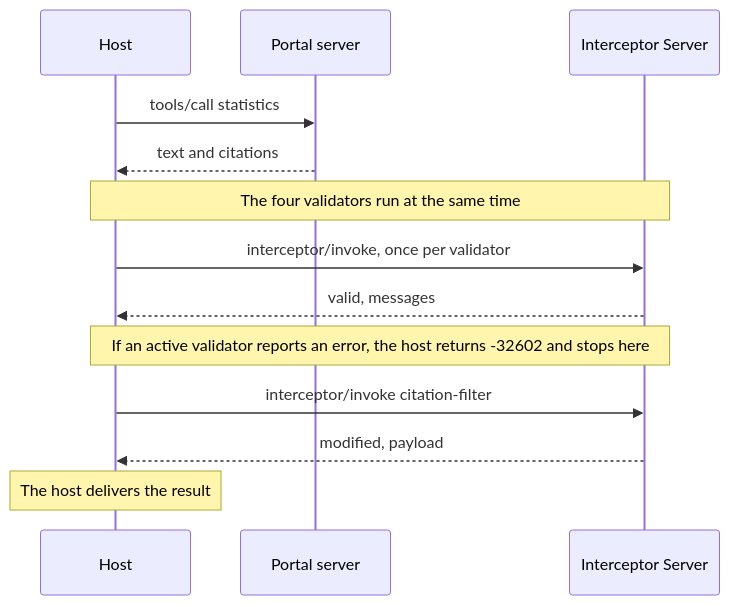
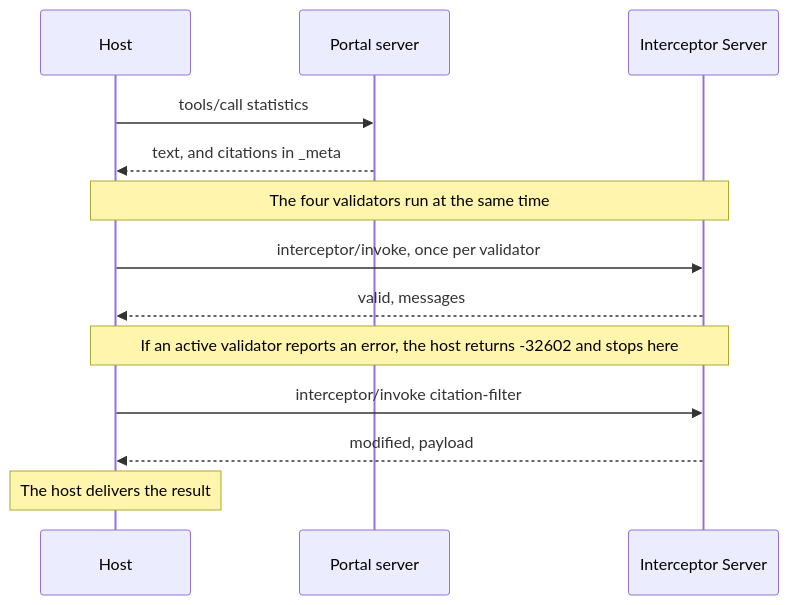
One commit to olaservo/citation-audit-demo changed the diagram in README.md. Above: the diagram before and after it, drawn with Mermaid. The commit also changed other lines of this file and 11 other files, not shown here.

First line of the commit message:
Carry citations in _meta and audit them there

````diff
--- a/README.md
+++ b/README.md
@@ -42,15 +81,15 @@
 ```mermaid
 sequenceDiagram
     participant H as Host
     participant P as Portal server
     participant I as Interceptor Server
     H->>P: tools/call statistics
-    P-->>H: text and citations
+    P-->>H: text, and citations in _meta
     Note over H,I: The four validators run at the same time
     H->>I: interceptor/invoke, once per validator
     I-->>H: valid, messages
     Note over H,I: If an active validator reports an error, the host returns -32602 and stops here
     H->>I: interceptor/invoke citation-filter
     I-->>H: modified, payload
     Note over H: The host delivers the result
 ```
````
